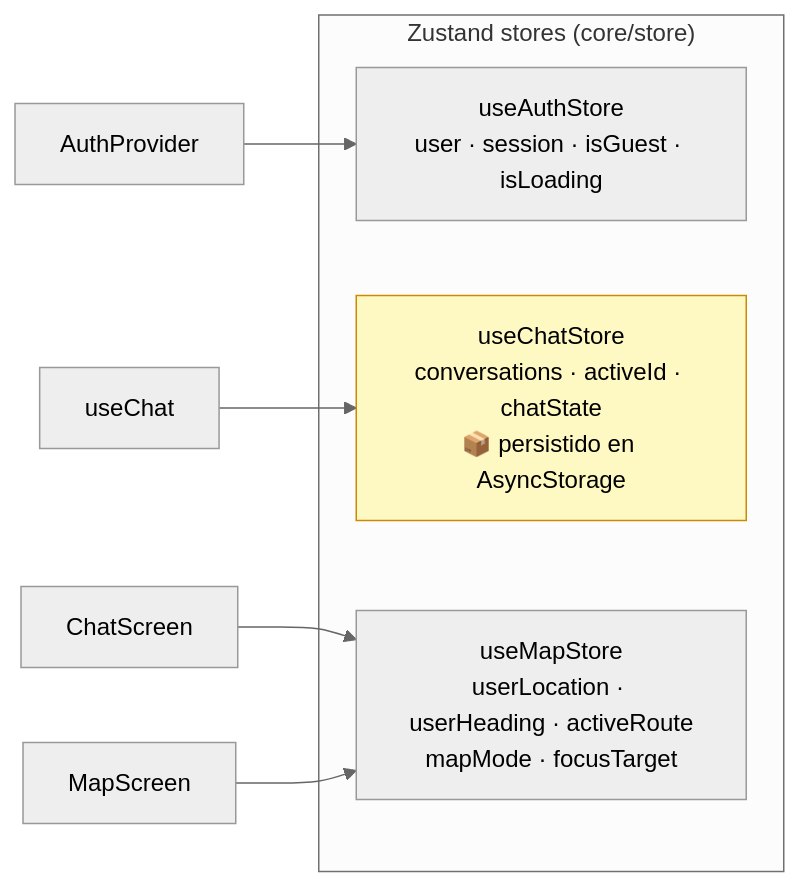
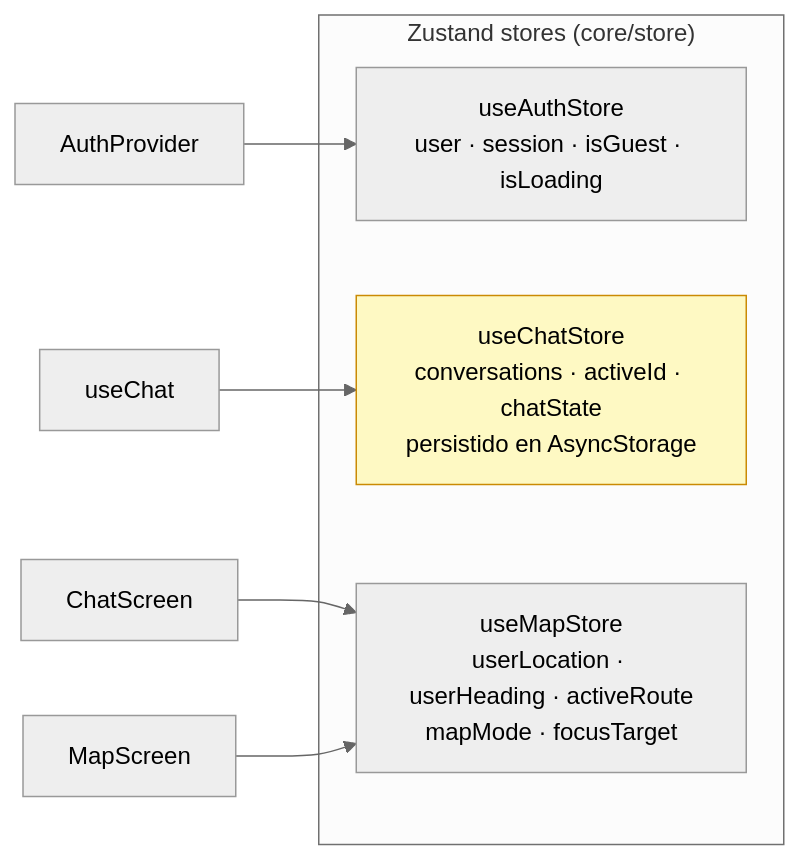
One commit to frank777ch/OndeSanMarcos changed the fourth of 6 diagrams in documents/02-frontend.md. Above: the diagram before and after it, drawn with Mermaid (neutral theme). The commit also changed other lines of this file and 7 other files, not shown here.

````diff
--- a/documents/02-frontend.md
+++ b/documents/02-frontend.md
@@ -137,16 +137,16 @@
 ```mermaid
 graph LR
     subgraph stores["Zustand stores (core/store)"]
         a["useAuthStore<br/>user · session · isGuest · isLoading"]
-        ch["useChatStore<br/>conversations · activeId · chatState<br/>📦 persistido en AsyncStorage"]
+        ch["useChatStore<br/>conversations · activeId · chatState<br/>persistido en AsyncStorage"]
         mp["useMapStore<br/>userLocation · userHeading · activeRoute<br/>mapMode · focusTarget"]
     end
 
     AuthProvider --> a
     useChat --> ch
     ChatScreen --> mp
     MapScreen --> mp
 
     classDef persist fill:#fef9c3,stroke:#ca8a04;
     class ch persist;
 ```
````
